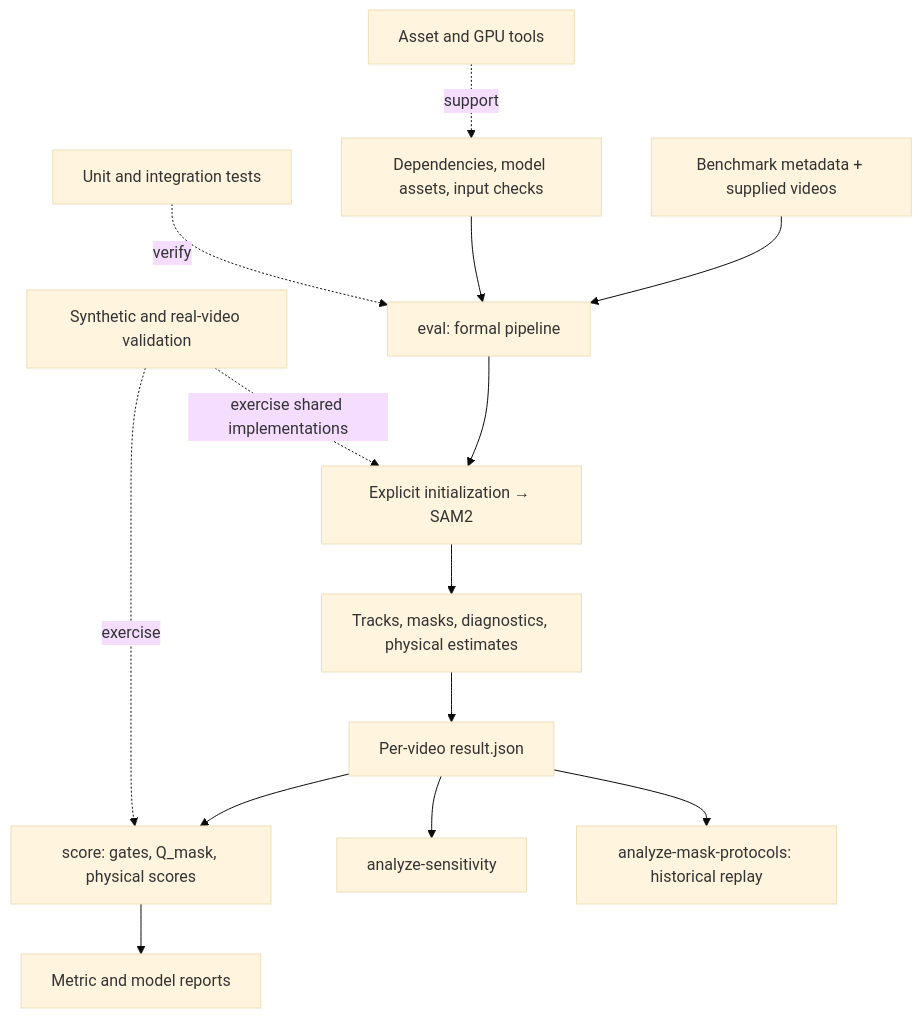
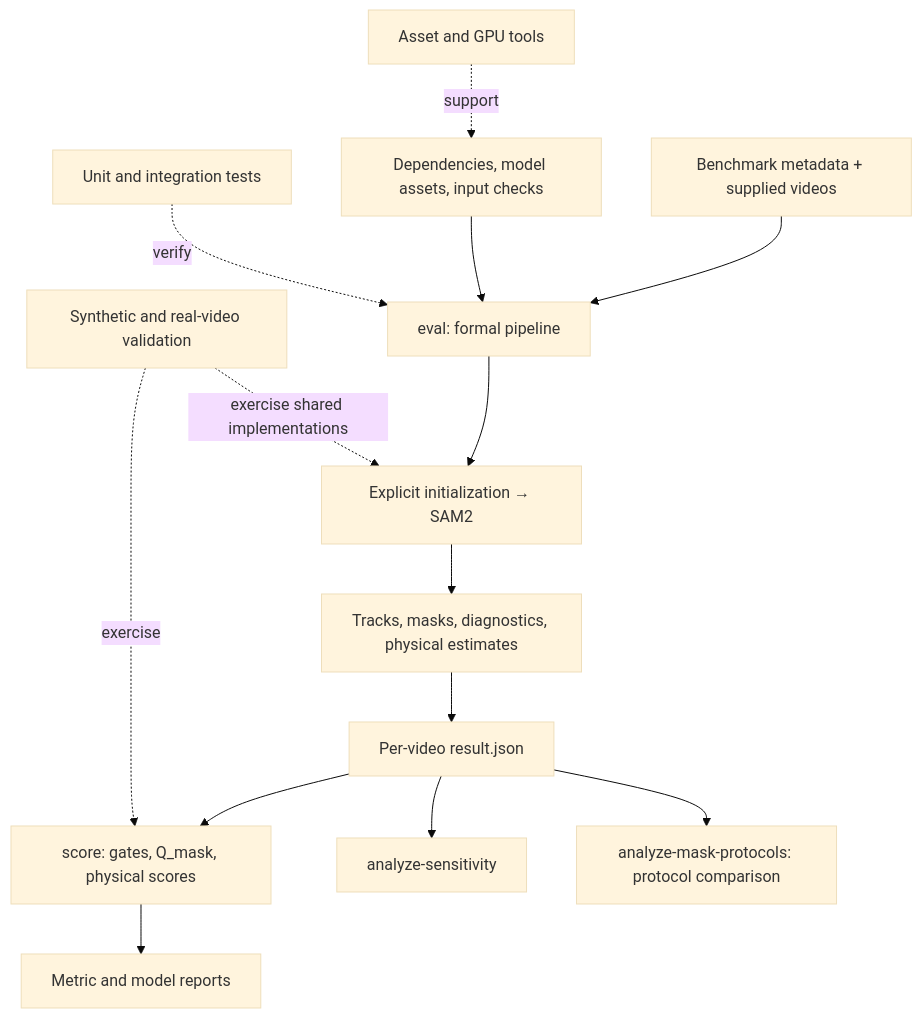
The diagram in docs/ARCHITECTURE.md (Cryptic0429/PhysEval), drawn with Mermaid (base theme) before and after one commit. The commit also changed other lines of this file and 8 other files, not shown here.

````diff
--- a/docs/ARCHITECTURE.md
+++ b/docs/ARCHITECTURE.md
@@ -7,16 +7,16 @@
 ```mermaid
 flowchart TD
     B["Benchmark metadata + supplied videos"] --> E["eval: formal pipeline"]
     A["Dependencies, model assets, input checks"] --> E
     E --> T["Explicit initialization → SAM2"]
     T --> M["Tracks, masks, diagnostics, physical estimates"]
     M --> R["Per-video result.json"]
     R --> S["score: gates, Q_mask, physical scores"]
     S --> O["Metric and model reports"]
     R --> SA["analyze-sensitivity"]
-    R --> HA["analyze-mask-protocols: historical replay"]
+    R --> HA["analyze-mask-protocols: protocol comparison"]
     V["Synthetic and real-video validation"] -.exercise shared implementations.-> T
     V -.exercise.-> S
     U["Unit and integration tests"] -.verify.-> E
     MA["Asset and GPU tools"] -.support.-> A
 ```
````
